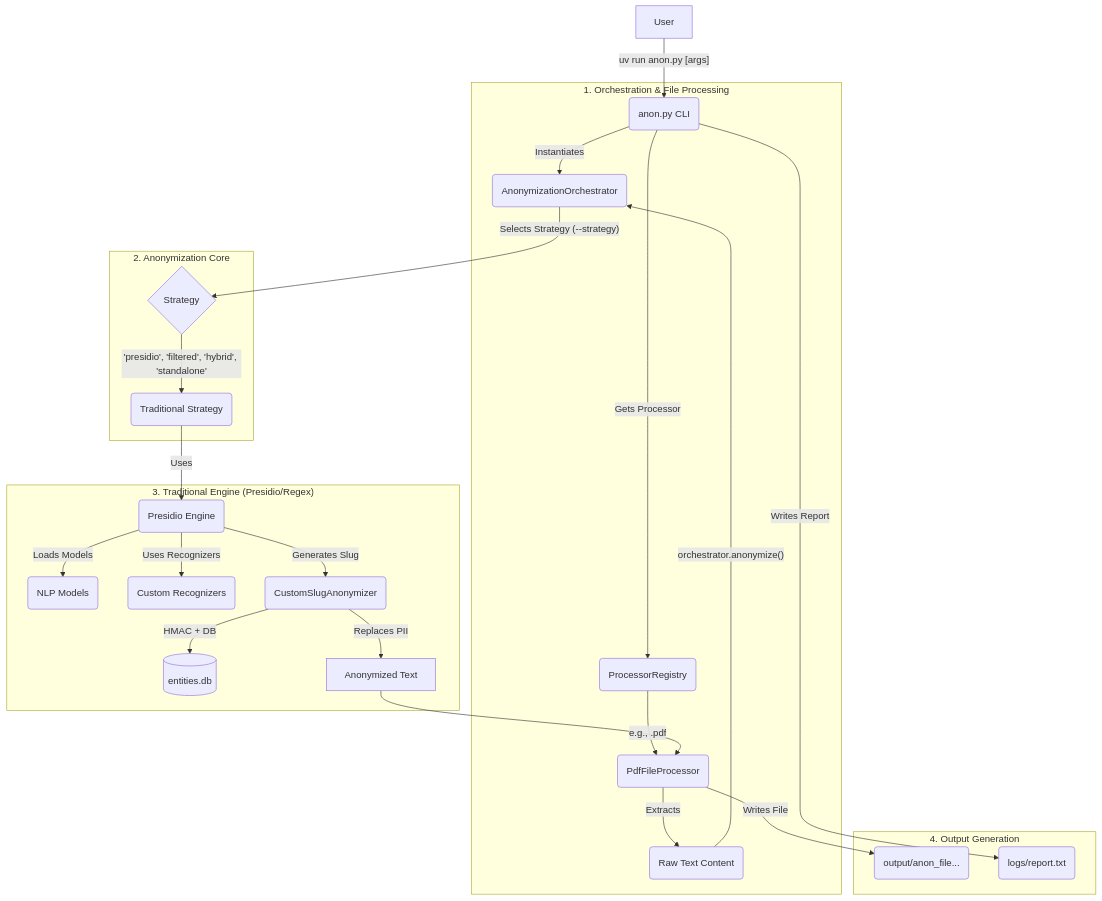
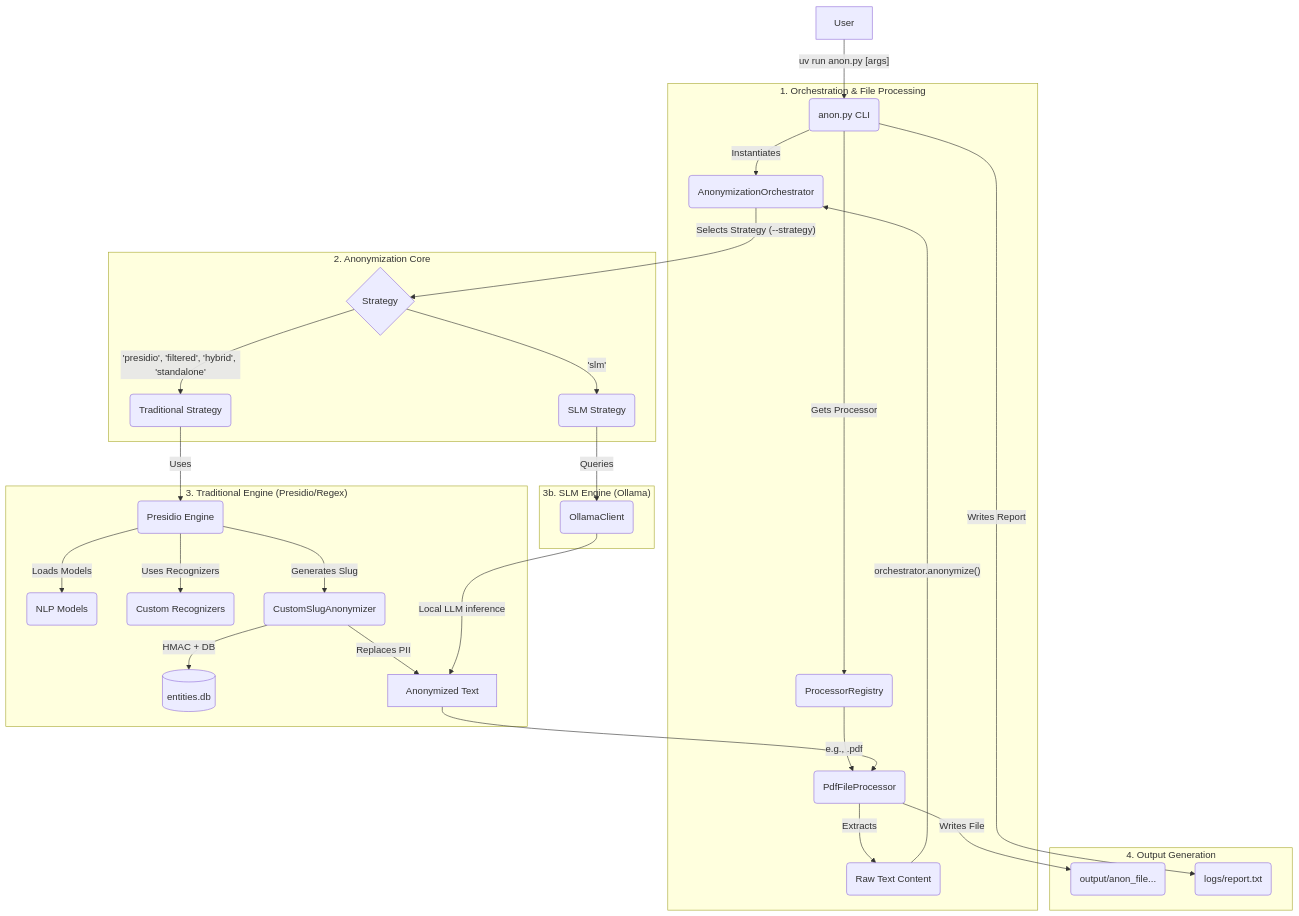
One commit to AnonShield/anonshield changed the diagram in docs/developers/ARCHITECTURE.md. Above: the diagram before and after it, drawn with Mermaid. The commit also changed other lines of this file, not shown here.

Commit message:
feat: add SLM integration and update architecture diagram for enhanced anonymization strategies

````diff
--- a/docs/developers/ARCHITECTURE.md
+++ b/docs/developers/ARCHITECTURE.md
@@ -7,32 +7,38 @@
 ```mermaid
 graph TD
     A[User] -- "uv run anon.py <file> [args]" --> B(anon.py CLI);
 
     subgraph "1. Orchestration & File Processing"
         B -- "Instantiates" --> Orch(AnonymizationOrchestrator);
         B -- "Gets Processor" --> F(ProcessorRegistry);
         F -- "e.g., .pdf" --> P_PDF(PdfFileProcessor);
         P_PDF -- "Extracts" --> RawText(Raw Text Content);
     end
 
     subgraph "2. Anonymization Core"
         RawText -- "orchestrator.anonymize()" --> Orch;
         Orch -- "Selects Strategy (--strategy)" --> STR_CHOICE{Strategy};
         STR_CHOICE -- "'presidio', 'filtered', 'hybrid', 'standalone'" --> PRESIDIO_STR(Traditional Strategy);
+        STR_CHOICE -- "'slm'" --> SLM_STR(SLM Strategy);
     end
 
     subgraph "3. Traditional Engine (Presidio/Regex)"
         PRESIDIO_STR -- "Uses" --> Presidio(Presidio Engine);
         Presidio -- "Loads Models" --> Models(NLP Models);
         Presidio -- "Uses Recognizers" --> Regex(Custom Recognizers);
         Presidio -- "Generates Slug" --> Anonymizer(CustomSlugAnonymizer);
         Anonymizer -- "HMAC + DB" --> DB[(entities.db)];
         Anonymizer -- "Replaces PII" --> AnonymizedText[Anonymized Text];
     end
 
+    subgraph "3b. SLM Engine (Ollama)"
+        SLM_STR -- "Queries" --> Ollama(OllamaClient);
+        Ollama -- "Local LLM inference" --> AnonymizedText;
+    end
+
     subgraph "4. Output Generation"
         AnonymizedText --> P_PDF;
         P_PDF -- "Writes File" --> OUT(output/anon_file...);
         B -- "Writes Report" --> LOG(logs/report.txt);
     end
 ```
````
